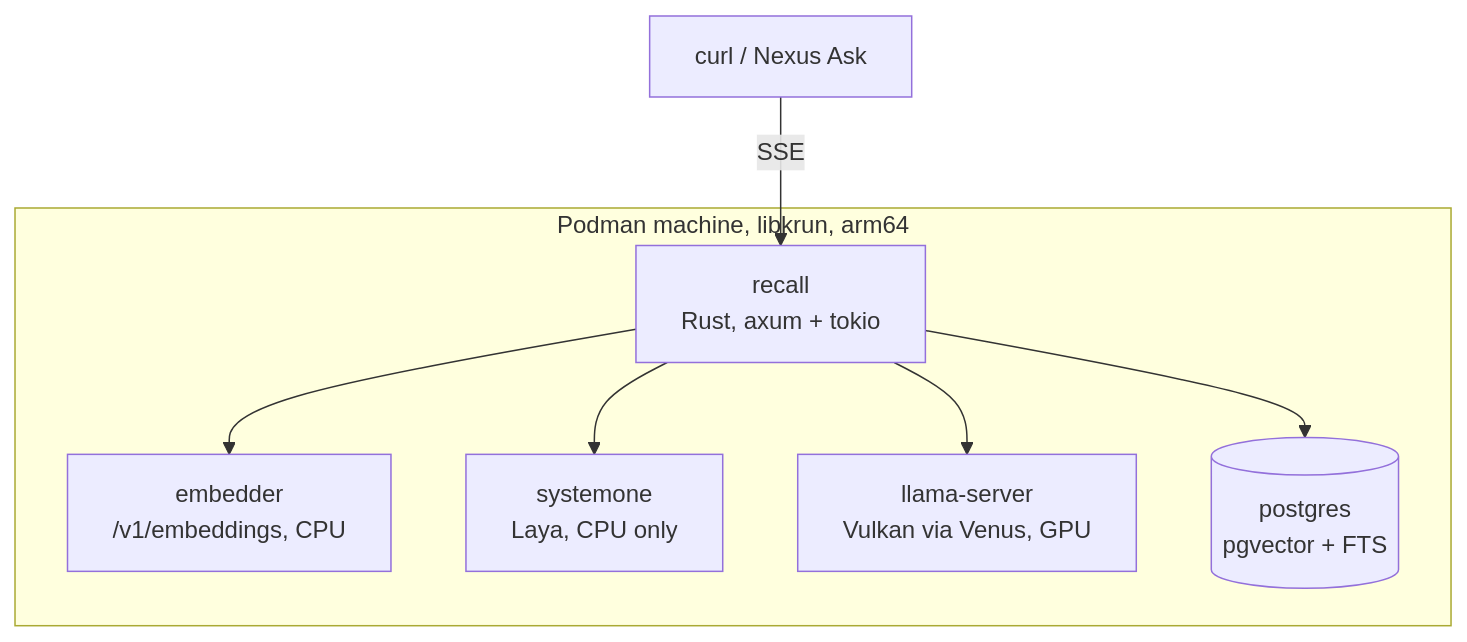
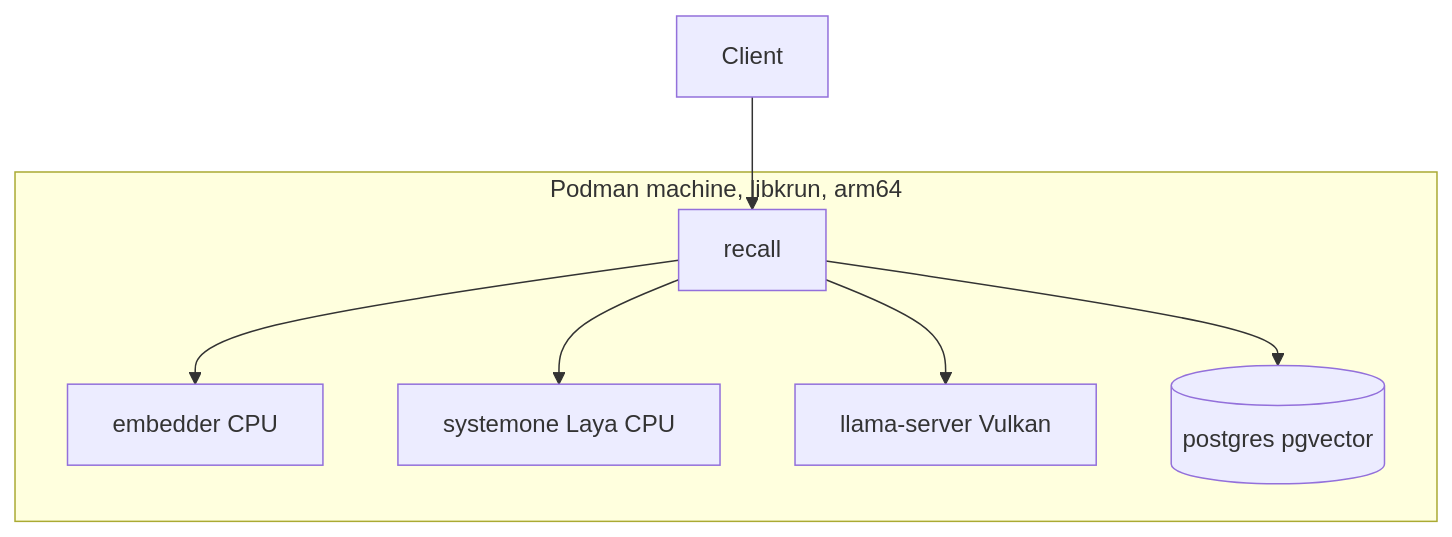
The second of 3 diagrams in plan.md (jose-salcedo-sp/recall), drawn with Mermaid before and after one commit. The commit also changed other lines of this file and 31 other files, not shown here.

````diff
--- a/plan.md
+++ b/plan.md
@@ -382,16 +223,15 @@
 ```mermaid
 flowchart TB
-  subgraph orb [Podman machine, libkrun, arm64]
-    Recall["recall<br/>Rust, axum + tokio"]
-    Embed["embedder<br/>/v1/embeddings, CPU"]
-    Sys1["systemone<br/>Laya, CPU only"]
-    Gen["llama-server<br/>Vulkan via Venus, GPU"]
-    PG[("postgres<br/>pgvector + FTS")]
+  subgraph box [Podman machine, libkrun, arm64]
+    Recall["recall"]
+    Embed["embedder CPU"]
+    Sys1["systemone Laya CPU"]
+    Gen["llama-server Vulkan"]
+    PG[("postgres pgvector")]
   end
-
-  Client["curl / Nexus Ask"] -->|SSE| Recall
+  Client --> Recall
   Recall --> Embed
   Recall --> PG
   Recall --> Sys1
   Recall --> Gen
 ```
````
